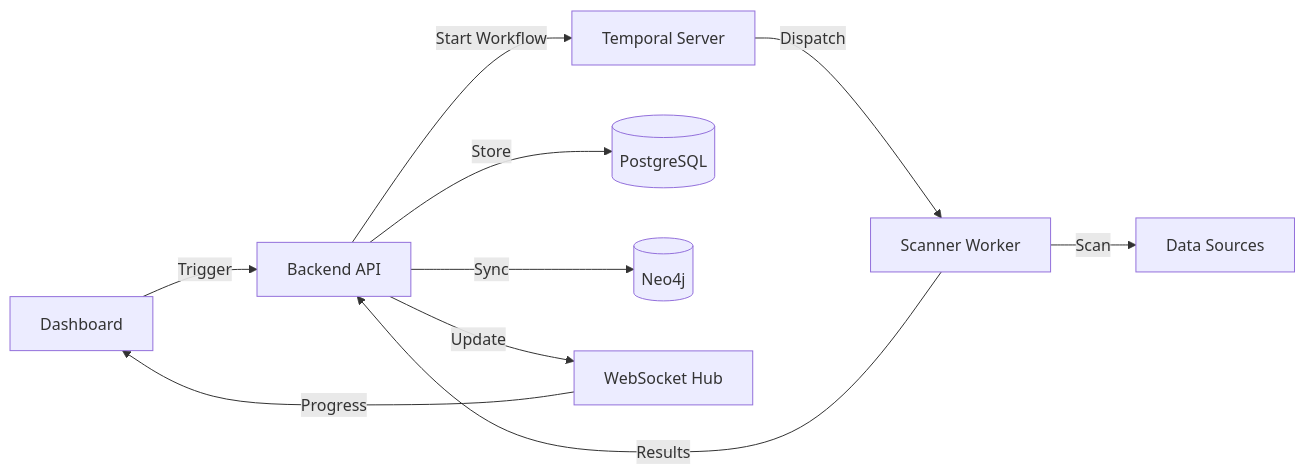
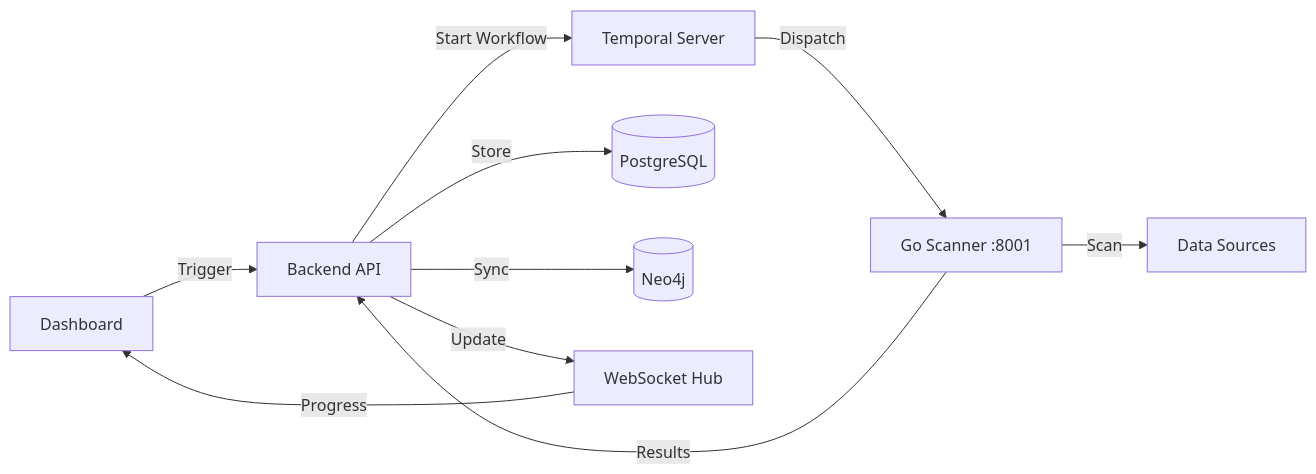
Before and after one commit to RnR-DND/ARC-HAWK-DD: the diagram in docs/architecture/ARCHITECTURE.md, drawn with Mermaid. The commit also changed other lines of this file and 14 other files, not shown here.

````diff
--- a/docs/architecture/ARCHITECTURE.md
+++ b/docs/architecture/ARCHITECTURE.md
@@ -70,12 +72,12 @@
 ```mermaid
 graph LR
     User[Dashboard] -->|Trigger| API[Backend API]
     API -->|Start Workflow| Temporal[Temporal Server]
-    Temporal -->|Dispatch| Worker[Scanner Worker]
+    Temporal -->|Dispatch| Worker[Go Scanner :8001]
     Worker -->|Scan| Sources[Data Sources]
     Worker -->|Results| API
     API -->|Store| PG[(PostgreSQL)]
     API -->|Sync| Neo4j[(Neo4j)]
     API -->|Update| WS[WebSocket Hub]
     WS -->|Progress| User
 ```
````
